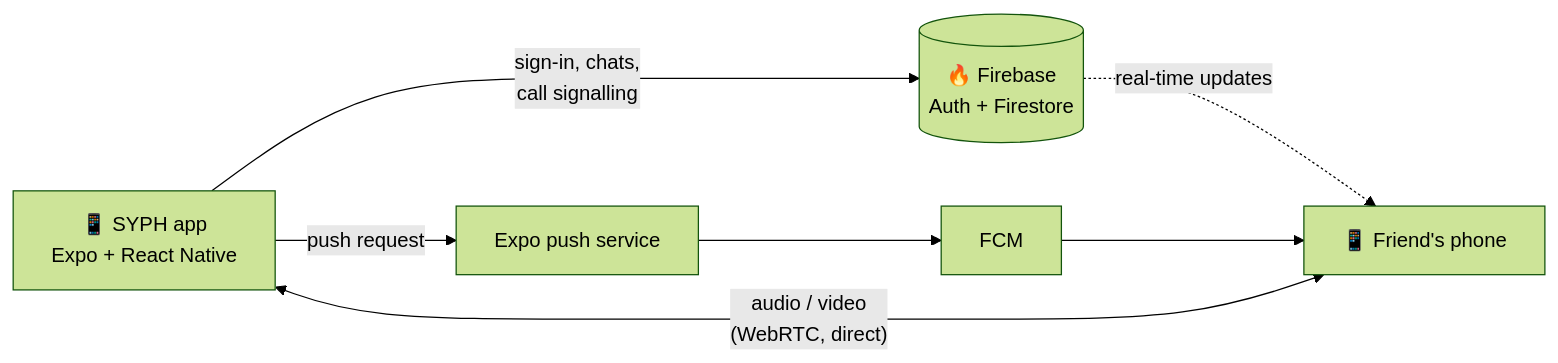
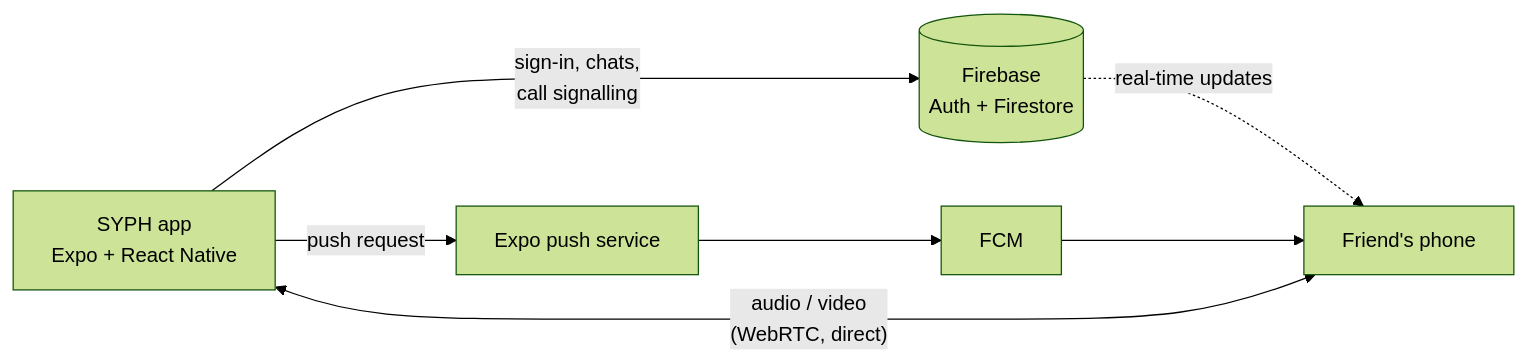
One commit to shlokey755/SYPH changed the diagram in README.md. Above: the diagram before and after it, drawn with Mermaid (forest theme). The commit also changed other lines of this file, not shown here.

````diff
--- a/README.md
+++ b/README.md
@@ -99,7 +99,7 @@
 ```mermaid
 flowchart LR
-    A["📱 SYPH app<br/>Expo + React Native"] -->|"sign-in, chats,<br/>call signalling"| F[("🔥 Firebase<br/>Auth + Firestore")]
-    F -.->|"real-time updates"| B["📱 Friend's phone"]
+    A[" SYPH app<br/>Expo + React Native"] -->|"sign-in, chats,<br/>call signalling"| F[(" Firebase<br/>Auth + Firestore")]
+    F -.->|"real-time updates"| B[" Friend's phone"]
     A -->|"push request"| E["Expo push service"] --> G["FCM"] --> B
     A <-->|"audio / video<br/>(WebRTC, direct)"| B
 ```
````
